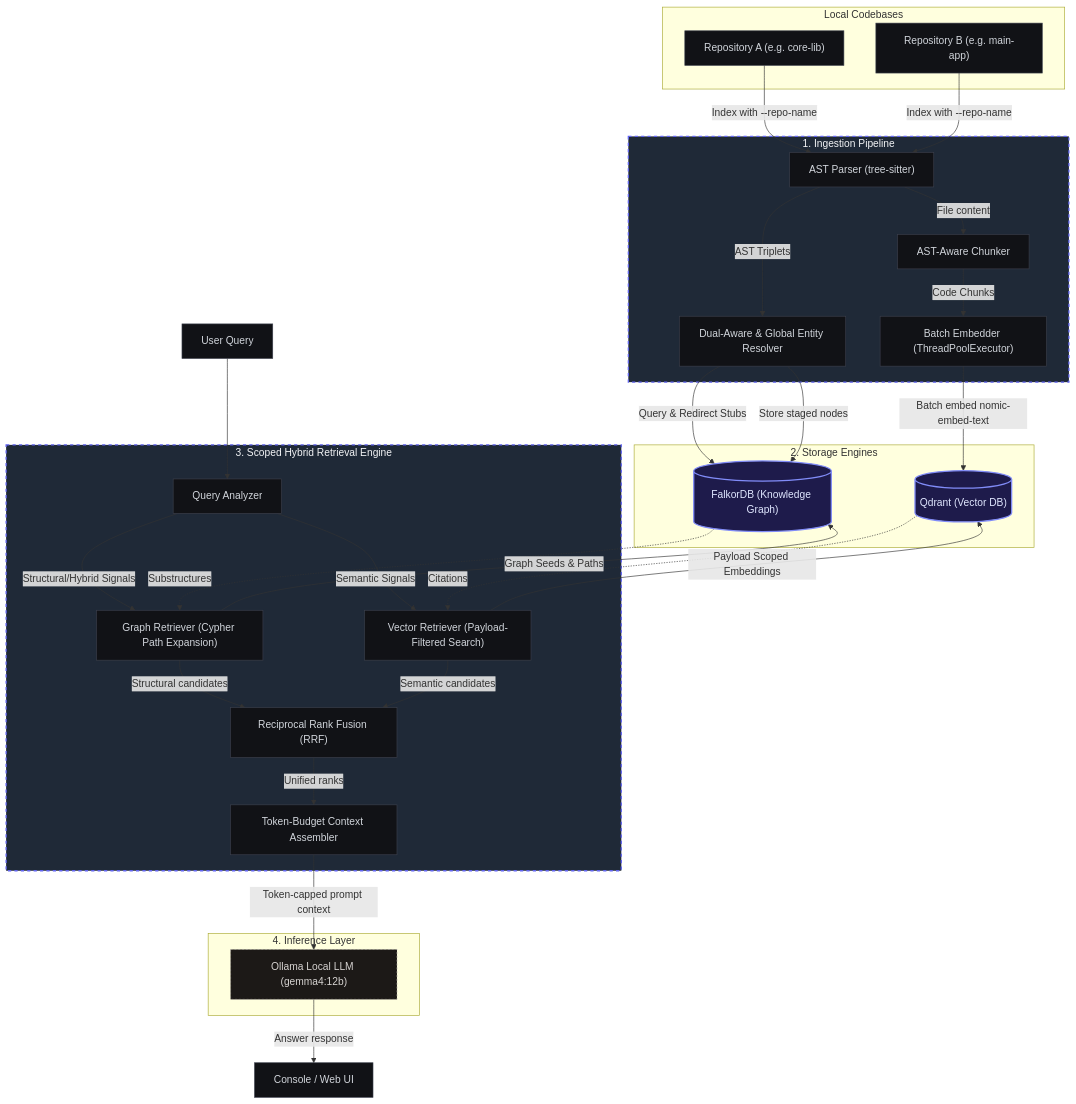
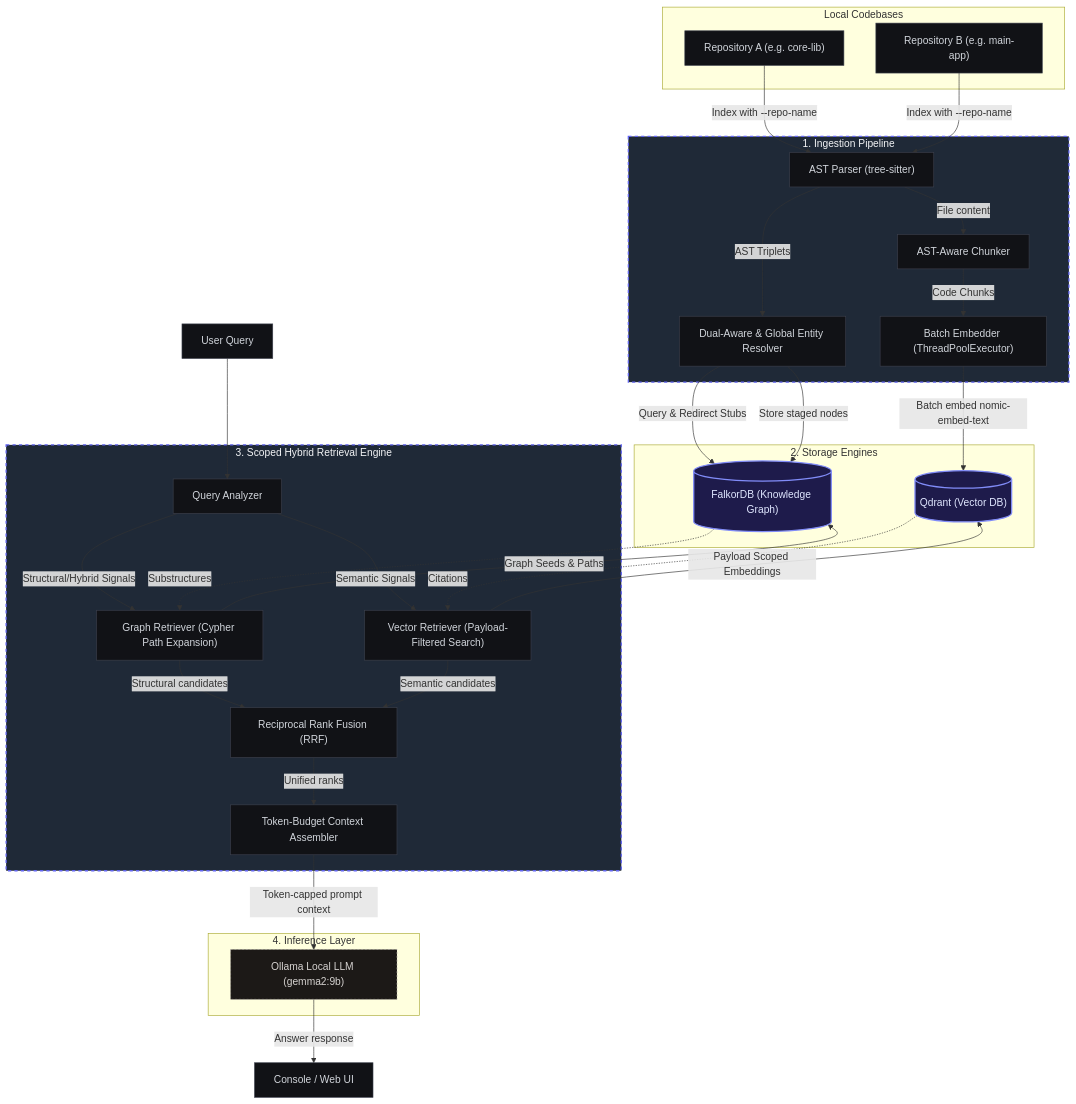
Before and after one commit to trantienduat/hybrid-RAG: the first of 3 diagrams in docs/architecture.md, drawn with Mermaid. The commit also changed other lines of this file and 19 other files, not shown here.

````diff
--- a/docs/architecture.md
+++ b/docs/architecture.md
@@ -13,69 +13,69 @@
 ```mermaid
 graph TD
     %% Styling
     classDef default fill:#111216,stroke:#3b3f4c,stroke-width:1px,color:#d1d5db;
     classDef component fill:#1f2937,stroke:#6366f1,stroke-dasharray: 5 5,stroke-width:2px,color:#f3f4f6;
     classDef storage fill:#1e1b4b,stroke:#818cf8,stroke-width:2px,color:#e0e7ff;
     classDef external fill:#1c1917,stroke:#a8a29e,stroke-dasharray: 3 3,color:#d6d3d1;
 
     subgraph UserRepo ["Local Codebases"]
         RepoA["Repository A (e.g. core-lib)"]
         RepoB["Repository B (e.g. main-app)"]
     end
 
     subgraph Ingestion ["1. Ingestion Pipeline"]
         Parser["AST Parser (tree-sitter)"]
         Resolver["Dual-Aware & Global Entity Resolver"]
         Chunker["AST-Aware Chunker"]
         Embedder["Batch Embedder (ThreadPoolExecutor)"]
     end
 
     subgraph Storage ["2. Storage Engines"]
         FalkorDB[("FalkorDB (Knowledge Graph)")];
         Qdrant[("Qdrant (Vector DB)")];
     end
 
     subgraph Retrieval ["3. Scoped Hybrid Retrieval Engine"]
         Analyzer["Query Analyzer"]
         GraphRetriever["Graph Retriever (Cypher Path Expansion)"]
         VectorRetriever["Vector Retriever (Payload-Filtered Search)"]
         RRF["Reciprocal Rank Fusion (RRF)"]
         Assembler["Token-Budget Context Assembler"]
     end
 
     subgraph Inference ["4. Inference Layer"]
-        OllamaLLM["Ollama Local LLM (gemma4:12b)"]
+        OllamaLLM["Ollama Local LLM (gemma2:9b)"]
     end
 
     %% Flow links
     RepoA --> |Index with --repo-name| Parser
     RepoB --> |Index with --repo-name| Parser
     Parser --> |AST Triplets| Resolver
     Resolver --> |Query & Redirect Stubs| FalkorDB
     Resolver --> |Store staged nodes| FalkorDB
     Parser --> |File content| Chunker
     Chunker --> |Code Chunks| Embedder
     Embedder --> |Batch embed nomic-embed-text| Qdrant
     
     %% Retrieval flow
     UserQuery["User Query"] --> Analyzer
     Analyzer --> |Structural/Hybrid Signals| GraphRetriever
     Analyzer --> |Semantic Signals| VectorRetriever
     
     GraphRetriever --> |Graph Seeds & Paths| FalkorDB
     VectorRetriever --> |Payload Scoped Embeddings| Qdrant
     
     FalkorDB -.-> |Substructures| GraphRetriever
     Qdrant -.-> |Citations| VectorRetriever
     
     GraphRetriever --> |Structural candidates| RRF
     VectorRetriever --> |Semantic candidates| RRF
     
     RRF --> |Unified ranks| Assembler
     Assembler --> |Token-capped prompt context| OllamaLLM
     OllamaLLM --> |Answer response| Client["Console / Web UI"]
 
     class Ingestion,Retrieval component;
     class FalkorDB,Qdrant storage;
     class OllamaLLM external;
 ```
````
